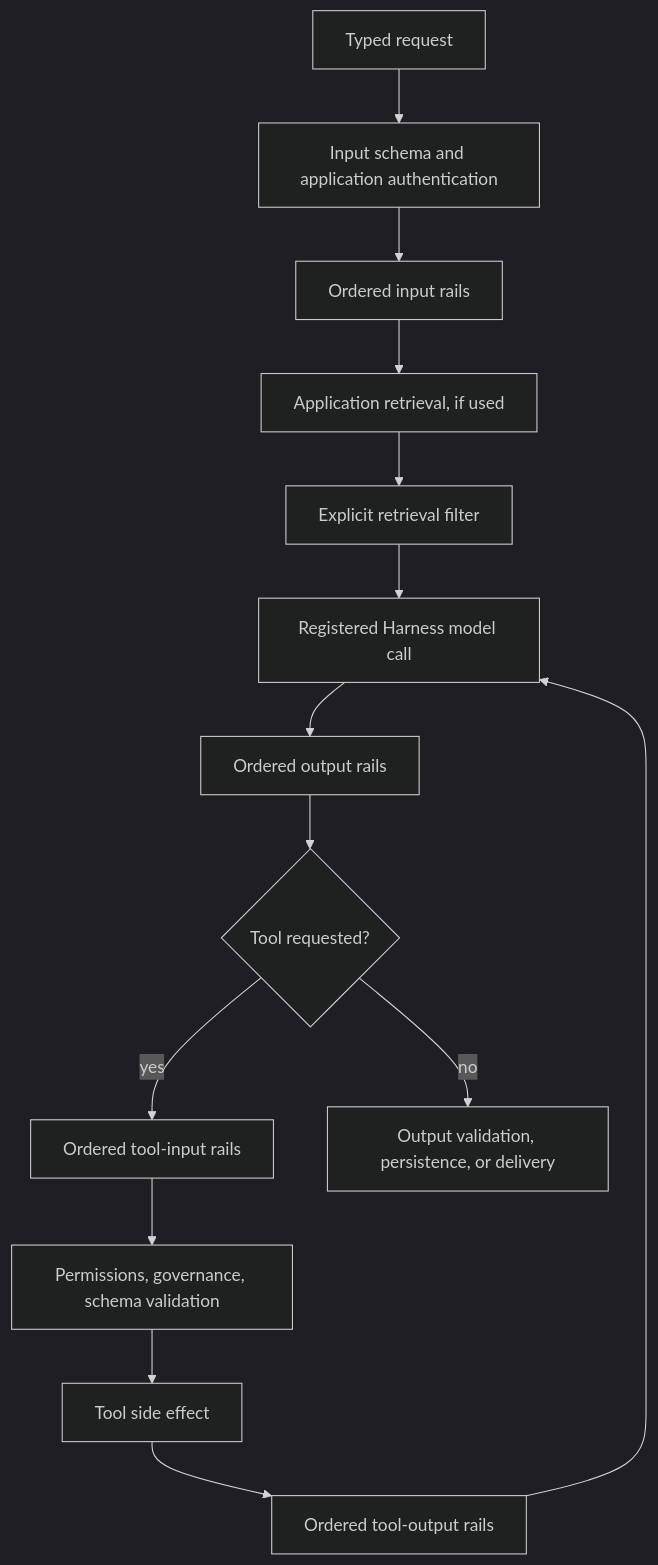
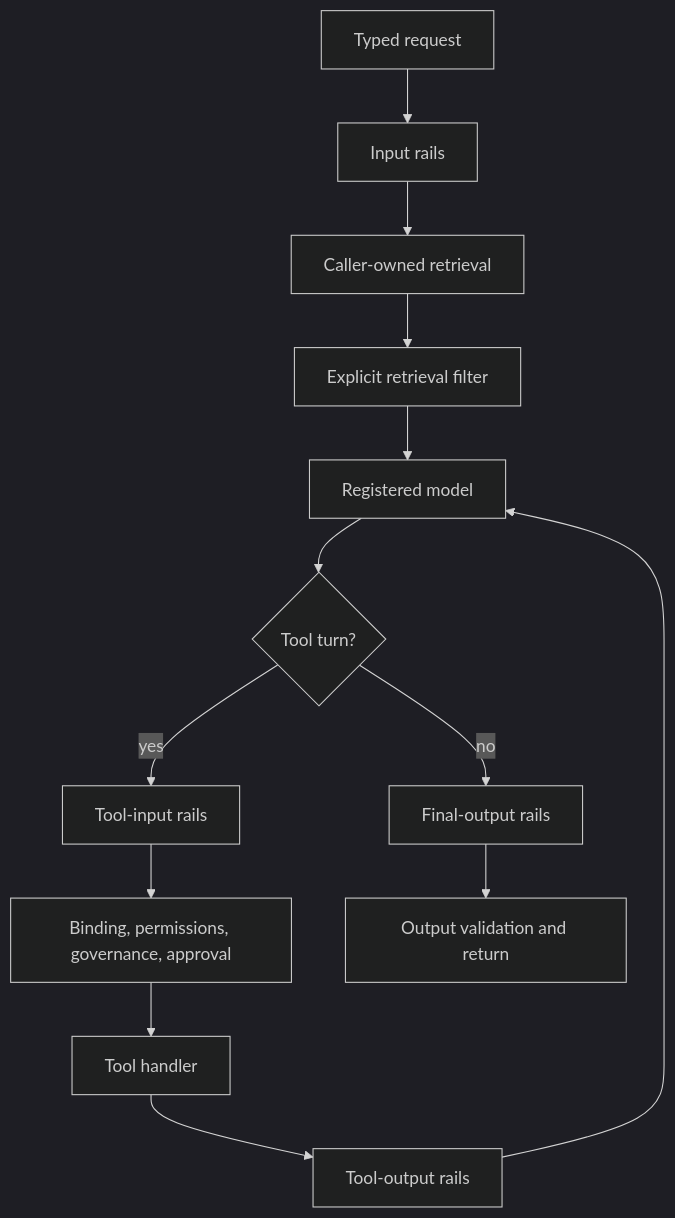
The diagram in docs/guides/guardrails.md (puristajs/harness), drawn with Mermaid (dark theme) before and after one commit. The commit also changed other lines of this file and 557 other files, not shown here.

````diff
--- a/docs/guides/guardrails.md
+++ b/docs/guides/guardrails.md
@@ -7,16 +13,15 @@
 ```mermaid
 flowchart TD
-  request[Typed request] --> schema[Input schema and application authentication]
-  schema --> input[Ordered input rails]
-  input --> retrieve[Application retrieval, if used]
-  retrieve --> retrieval[Explicit retrieval filter]
-  retrieval --> model[Registered Harness model call]
-  model --> output[Ordered output rails]
-  output --> tool{Tool requested?}
-  tool -- yes --> toolInput[Ordered tool-input rails]
-  toolInput --> authority[Permissions, governance, schema validation]
-  authority --> sideEffect[Tool side effect]
-  sideEffect --> toolOutput[Ordered tool-output rails]
+  request[Typed request] --> input[Input rails]
+  input --> retrieval[Caller-owned retrieval]
+  retrieval --> filter[Explicit retrieval filter]
+  filter --> model[Registered model]
+  model --> tool{Tool turn?}
+  tool -- yes --> toolInput[Tool-input rails]
+  toolInput --> authority[Binding, permissions, governance, approval]
+  authority --> sideEffect[Tool handler]
+  sideEffect --> toolOutput[Tool-output rails]
   toolOutput --> model
-  tool -- no --> result[Output validation, persistence, or delivery]
+  tool -- no --> output[Final-output rails]
+  output --> result[Output validation and return]
 ```
````
